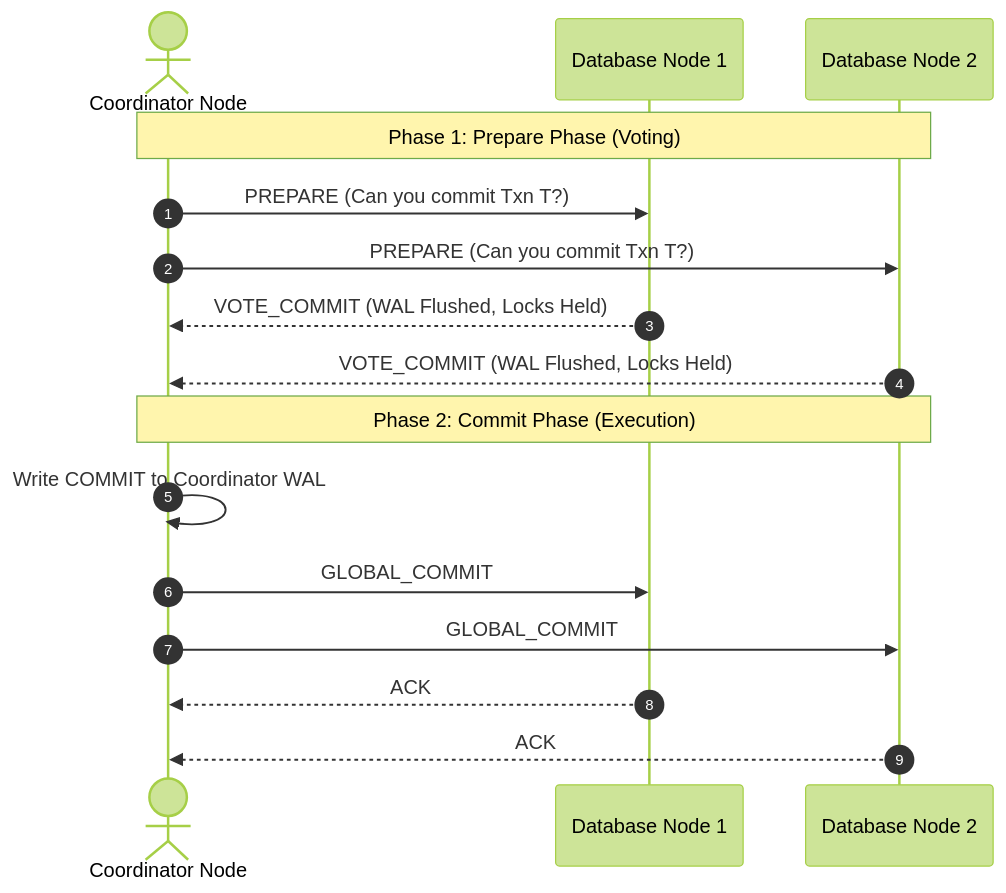
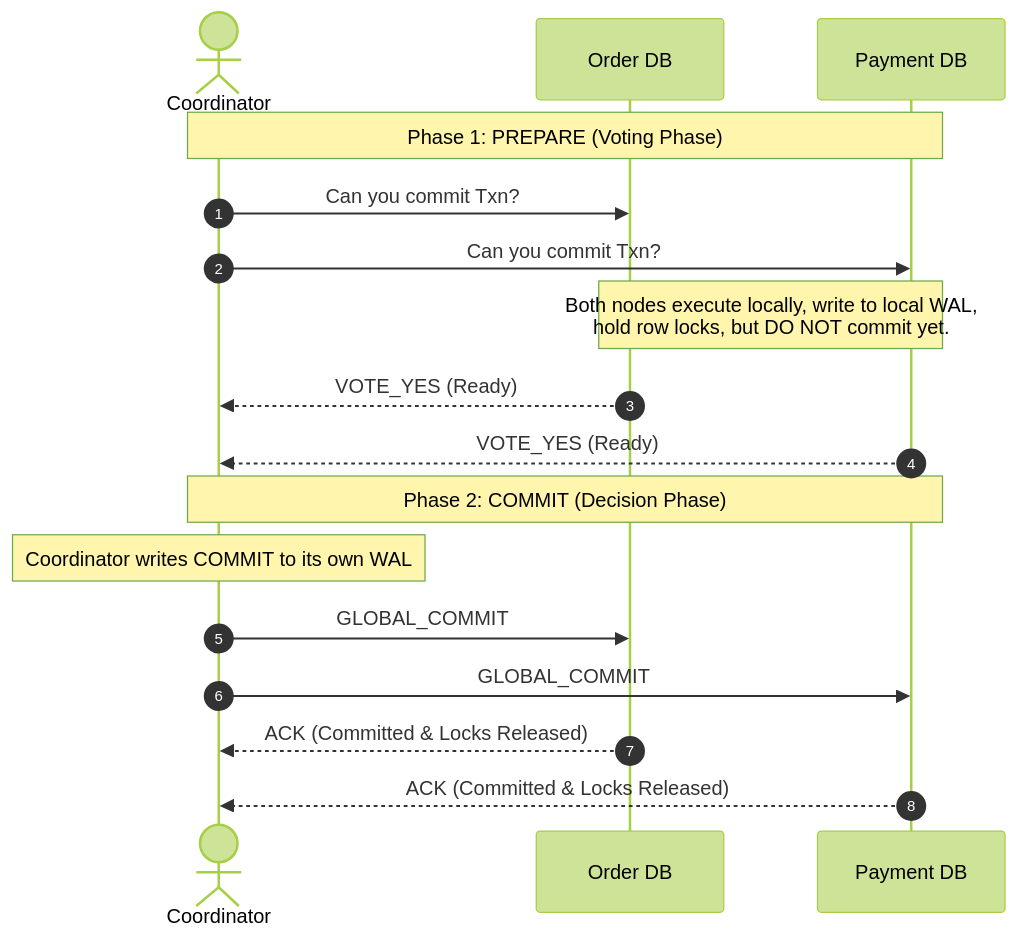
One commit to rohithgowda18/Notes changed diagram 15 of 16 in 02-DBMS/DBMS-Advanced-Concepts.md. Above: the diagram before and after it, drawn with Mermaid (forest theme). The commit also changed other lines of this file and 4 other files, not shown here.

````diff
--- a/02-DBMS/DBMS-Advanced-Concepts.md
+++ b/02-DBMS/DBMS-Advanced-Concepts.md
@@ -637,18 +904,21 @@
 ```mermaid
 sequenceDiagram
     autonumber
-    actor C as Coordinator Node
-    participant DB1 as Database Node 1
-    participant DB2 as Database Node 2
-    Note over C, DB2: Phase 1: Prepare Phase (Voting)
-    C->>DB1: PREPARE (Can you commit Txn T?)
-    C->>DB2: PREPARE (Can you commit Txn T?)
-    DB1-->>C: VOTE_COMMIT (WAL Flushed, Locks Held)
-    DB2-->>C: VOTE_COMMIT (WAL Flushed, Locks Held)
-    Note over C, DB2: Phase 2: Commit Phase (Execution)
-    C->>C: Write COMMIT to Coordinator WAL
-    C->>DB1: GLOBAL_COMMIT
-    C->>DB2: GLOBAL_COMMIT
-    DB1-->>C: ACK
-    DB2-->>C: ACK
+    actor C as Coordinator
+    participant O as Order DB
+    participant P as Payment DB
+
+    Note over C, P: Phase 1: PREPARE (Voting Phase)
+    C->>O: Can you commit Txn?
+    C->>P: Can you commit Txn?
+    Note over O, P: Both nodes execute locally, write to local WAL,<br/>hold row locks, but DO NOT commit yet.
+    O-->>C: VOTE_YES (Ready)
+    P-->>C: VOTE_YES (Ready)
+
+    Note over C, P: Phase 2: COMMIT (Decision Phase)
+    Note over C: Coordinator writes COMMIT to its own WAL
+    C->>O: GLOBAL_COMMIT
+    C->>P: GLOBAL_COMMIT
+    O-->>C: ACK (Committed & Locks Released)
+    P-->>C: ACK (Committed & Locks Released)
 ```
````
